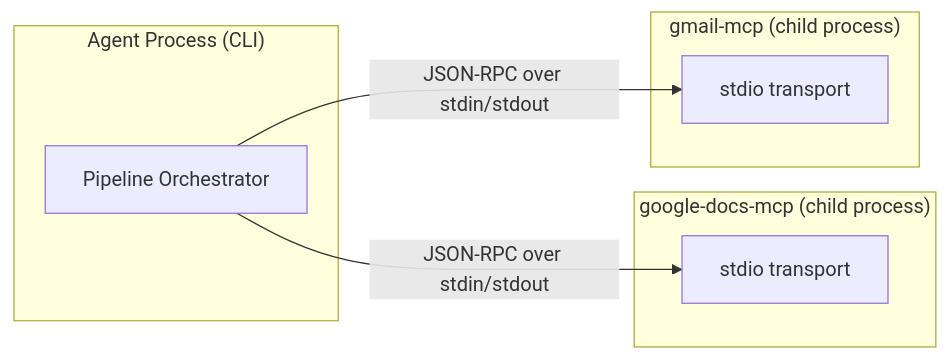
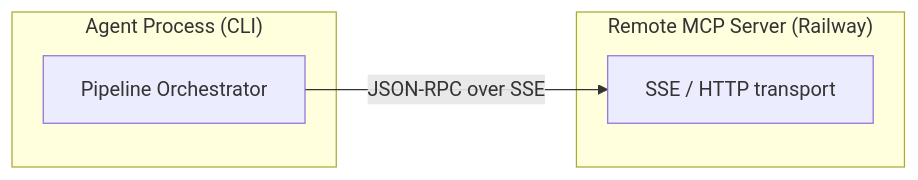
One commit to Ashishbhardwaj97/GrowwReview changed the fourth of 6 diagrams in docs/architecture.md. Above: the diagram before and after it, drawn with Mermaid. The commit also changed other lines of this file and 34 other files, not shown here.

````diff
--- a/docs/architecture.md
+++ b/docs/architecture.md
@@ -196,17 +193,12 @@
 ```mermaid
 flowchart LR
     subgraph Agent["Agent Process (CLI)"]
         A["Pipeline Orchestrator"]
     end
 
-    subgraph MCPDocs["google-docs-mcp (child process)"]
-        D["stdio transport"]
+    subgraph MCPRemote["Remote MCP Server (Railway)"]
+        D["SSE / HTTP transport"]
     end
 
-    subgraph MCPGmail["gmail-mcp (child process)"]
-        G["stdio transport"]
-    end
-
-    A -->|"JSON-RPC over stdin/stdout"| D
-    A -->|"JSON-RPC over stdin/stdout"| G
+    A -->|"JSON-RPC over SSE"| D
 ```
````
